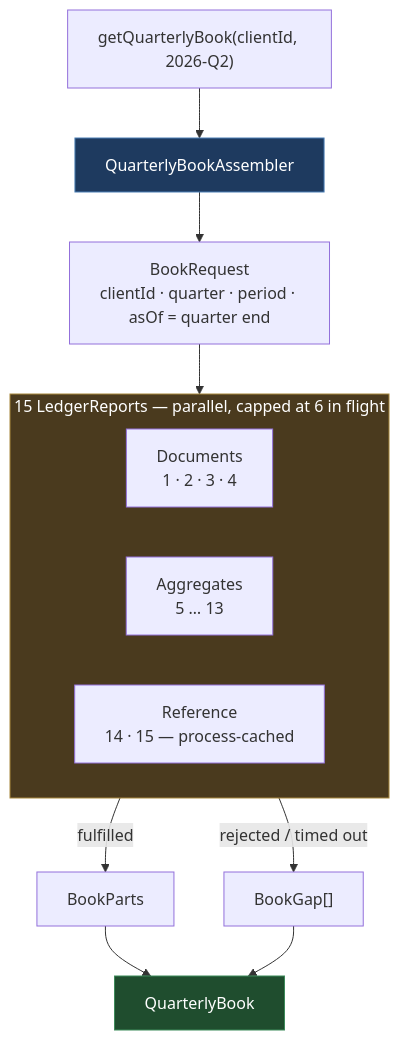
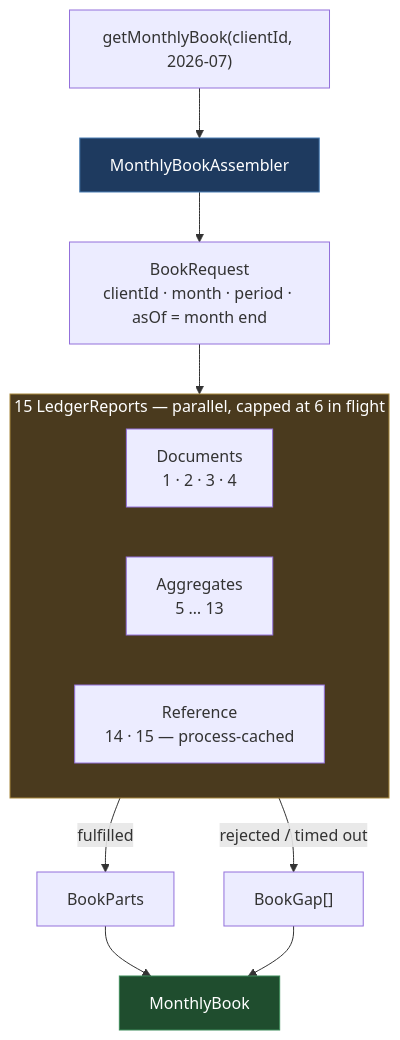
One commit to Patcast/terac_hackathon_patrcio changed the fifth of 6 diagrams in docs/architecture_phase1.md. Above: the diagram before and after it, drawn with Mermaid. The commit also changed other lines of this file and 18 other files, not shown here.

````diff
--- a/docs/architecture_phase1.md
+++ b/docs/architecture_phase1.md
@@ -630,23 +773,23 @@
 ```mermaid
 flowchart TB
-    Q["getQuarterlyBook(clientId, 2026-Q2)"] --> AS["QuarterlyBookAssembler"]
+    Q["getMonthlyBook(clientId, 2026-07)"] --> AS["MonthlyBookAssembler"]
 
-    AS --> BR["BookRequest<br/>clientId · quarter · period · asOf = quarter end"]
+    AS --> BR["BookRequest<br/>clientId · month · period · asOf = month end"]
 
     subgraph REPORTS["15 LedgerReports — parallel, capped at 6 in flight"]
         direction LR
         D["Documents<br/>1 · 2 · 3 · 4"]
         AG["Aggregates<br/>5 … 13"]
         RF["Reference<br/>14 · 15 — process-cached"]
     end
 
     BR --> REPORTS
     REPORTS -->|"fulfilled"| PARTS["BookParts"]
     REPORTS -->|"rejected / timed out"| GAPS["BookGap[]"]
-    PARTS --> BOOK["QuarterlyBook"]
+    PARTS --> BOOK["MonthlyBook"]
     GAPS --> BOOK
 
     style AS fill:#1e3a5f,stroke:#4a7fb5,color:#fff
     style BOOK fill:#1f4d2e,stroke:#3d8b5a,color:#fff
     style REPORTS fill:#4a3a1e,stroke:#a8873d,color:#fff
 ```
````
